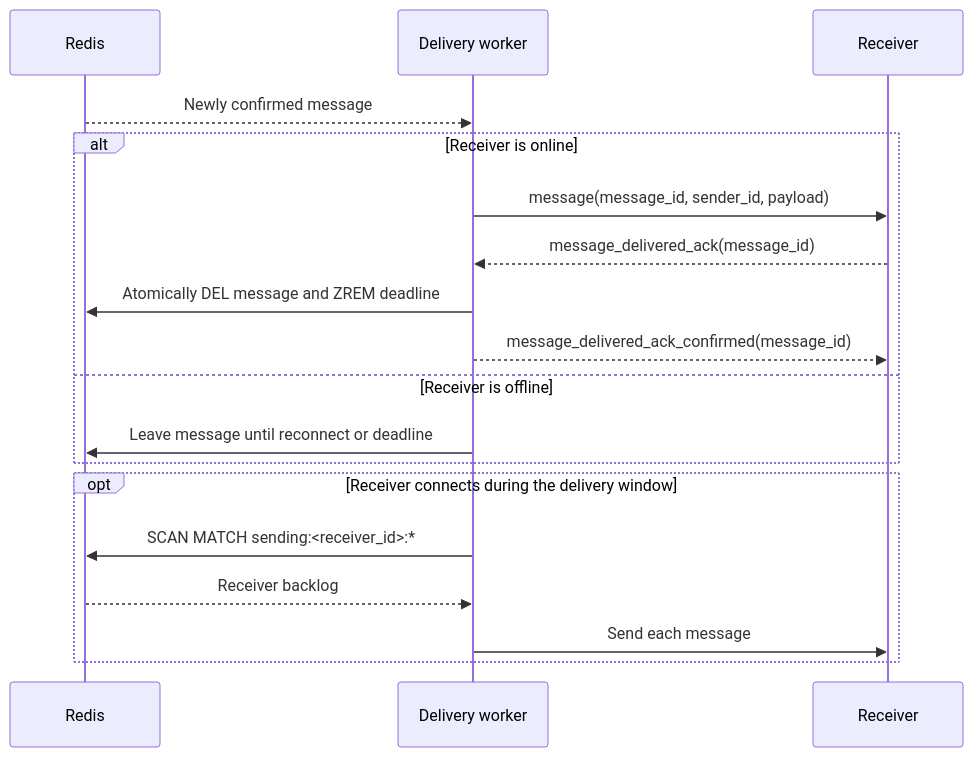
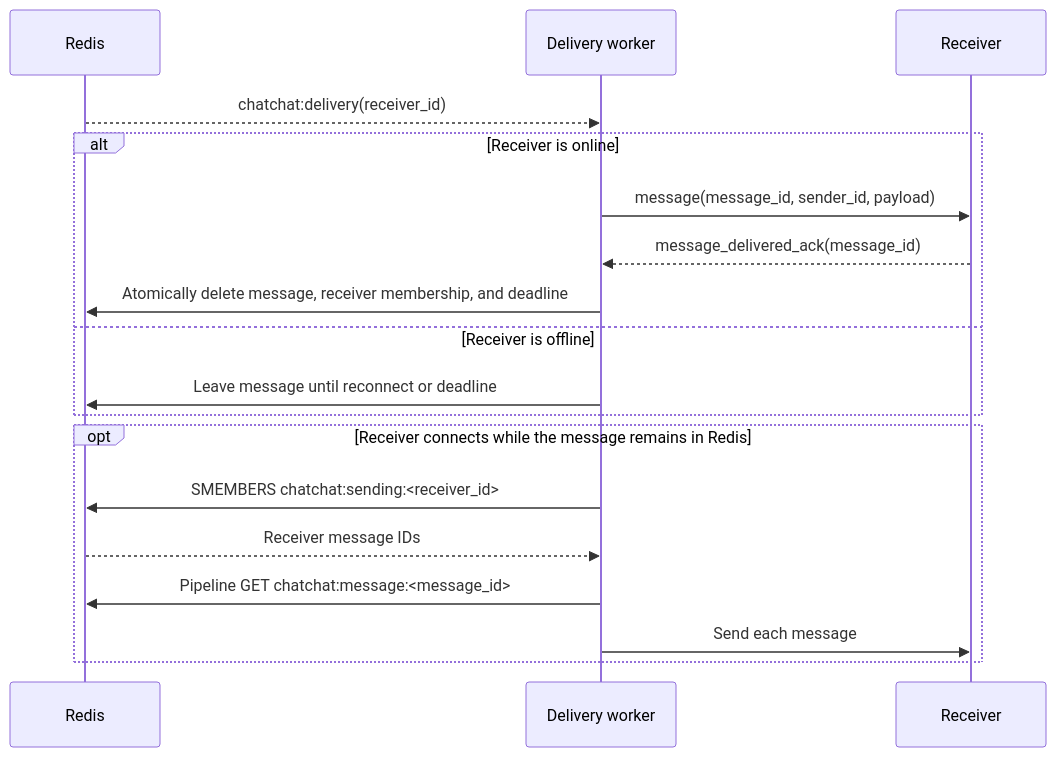
Before and after one commit to cmunaro/ChatChat: the second of 3 diagrams in MESSAGE_DELIVERY.md, drawn with Mermaid. The commit also changed other lines of this file and 9 other files, not shown here.

Commit message:
feat: add first real message delivery

````diff
--- a/MESSAGE_DELIVERY.md
+++ b/MESSAGE_DELIVERY.md
@@ -52,23 +51,23 @@
 ```mermaid
 sequenceDiagram
     participant Redis
     participant DW as Delivery worker
     participant C2 as Receiver
 
-    Redis-->>DW: Newly confirmed message
+    Redis-->>DW: chatchat:delivery(receiver_id)
 
     alt Receiver is online
         DW->>C2: message(message_id, sender_id, payload)
         C2-->>DW: message_delivered_ack(message_id)
-        DW->>Redis: Atomically DEL message and ZREM deadline
-        DW-->>C2: message_delivered_ack_confirmed(message_id)
+        DW->>Redis: Atomically delete message, receiver membership, and deadline
     else Receiver is offline
         DW->>Redis: Leave message until reconnect or deadline
     end
 
-    opt Receiver connects during the delivery window
-        DW->>Redis: SCAN MATCH sending:<receiver_id>:*
-        Redis-->>DW: Receiver backlog
+    opt Receiver connects while the message remains in Redis
+        DW->>Redis: SMEMBERS chatchat:sending:<receiver_id>
+        Redis-->>DW: Receiver message IDs
+        DW->>Redis: Pipeline GET chatchat:message:<message_id>
         DW->>C2: Send each message
     end
 ```
````
